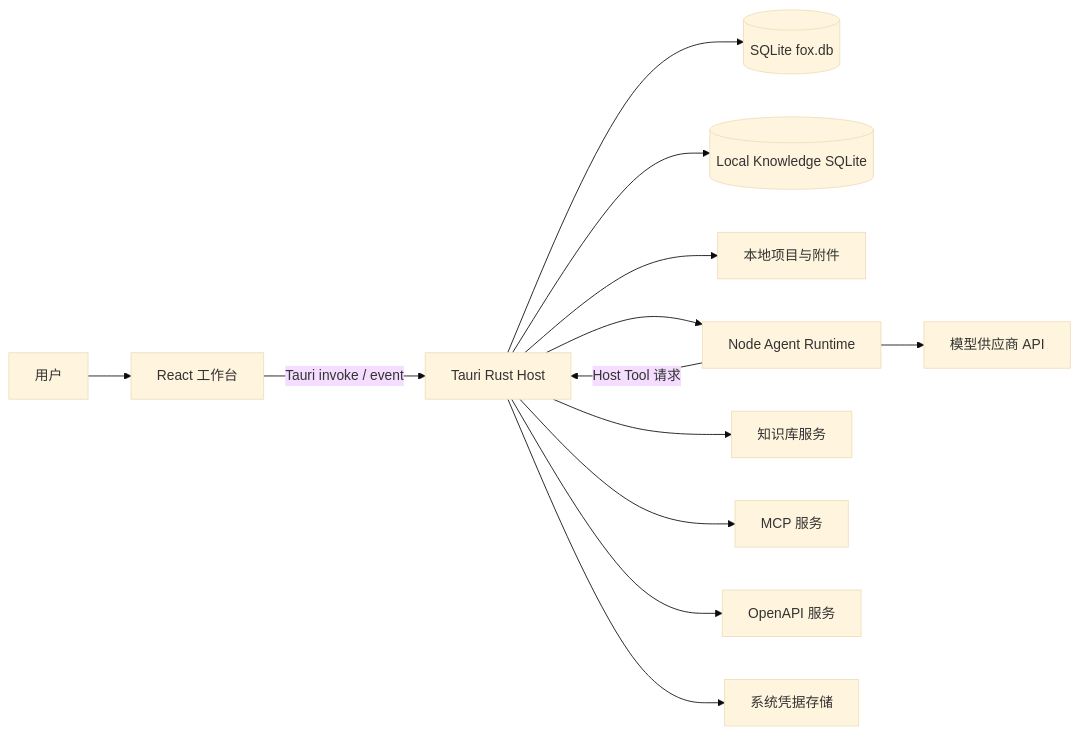
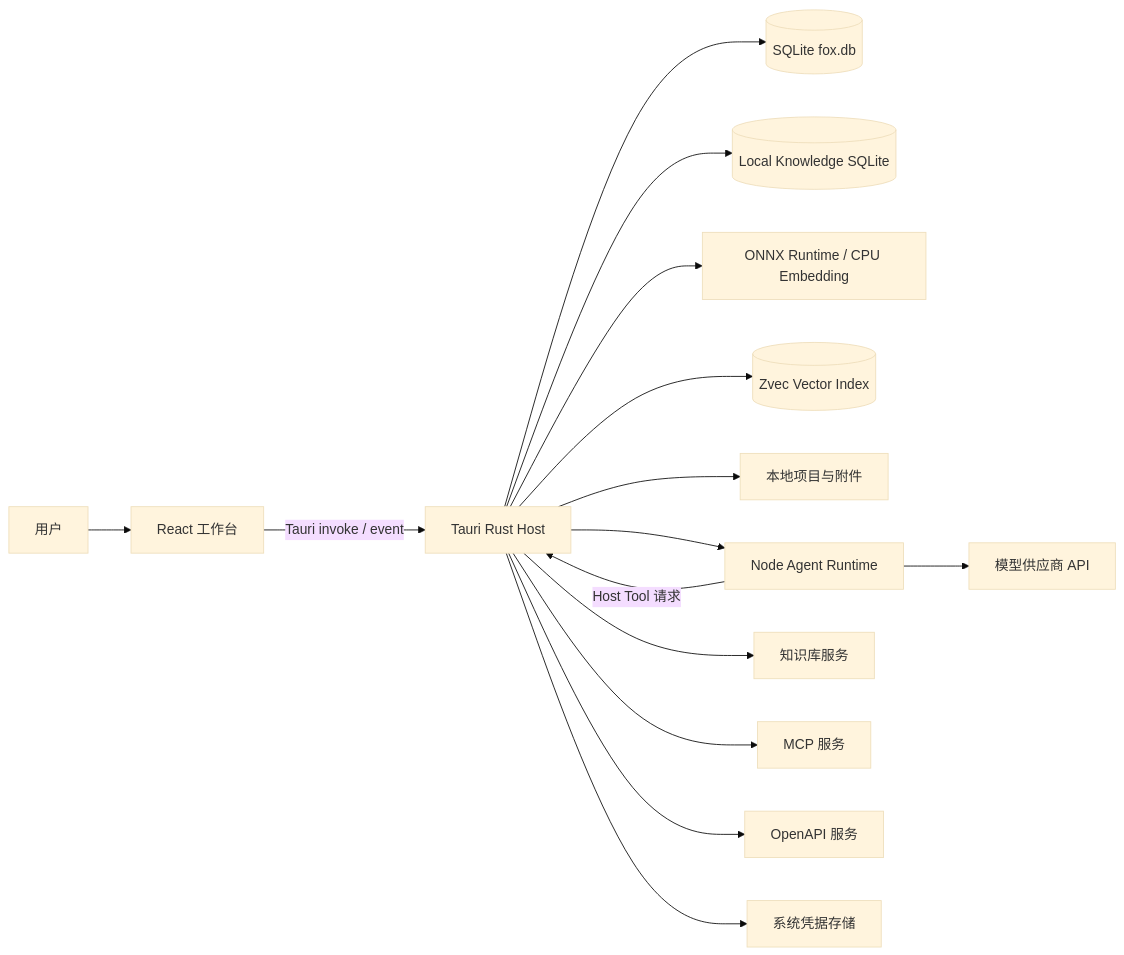
The first of 3 diagrams in docs/01-项目概览/系统概览.md (Hry1729/Fox-Agent), drawn with Mermaid (base theme) before and after one commit. The commit also changed other lines of this file and 247 other files, not shown here.

````diff
--- a/docs/01-项目概览/系统概览.md
+++ b/docs/01-项目概览/系统概览.md
@@ -14,15 +14,17 @@
 ```mermaid
 flowchart LR
   User["用户"] --> UI["React 工作台"]
   UI -->|"Tauri invoke / event"| Host["Tauri Rust Host"]
   Host --> DB[("SQLite fox.db")]
   Host --> LocalKnowledge[("Local Knowledge SQLite")]
+  Host --> ONNX["ONNX Runtime / CPU Embedding"]
+  Host --> Zvec[("Zvec Vector Index")]
   Host --> Files["本地项目与附件"]
   Host --> Runtime["Node Agent Runtime"]
   Runtime --> Model["模型供应商 API"]
   Runtime -->|"Host Tool 请求"| Host
   Host --> Knowledge["知识库服务"]
   Host --> MCP["MCP 服务"]
   Host --> OpenAPI["OpenAPI 服务"]
   Host --> Keyring["系统凭据存储"]
 ```
````
